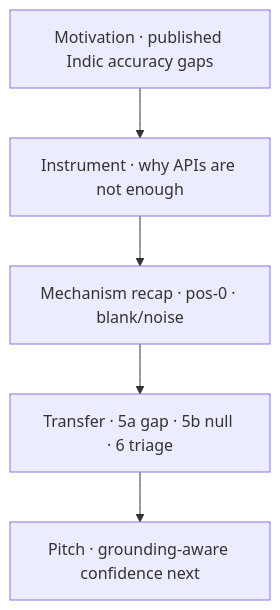
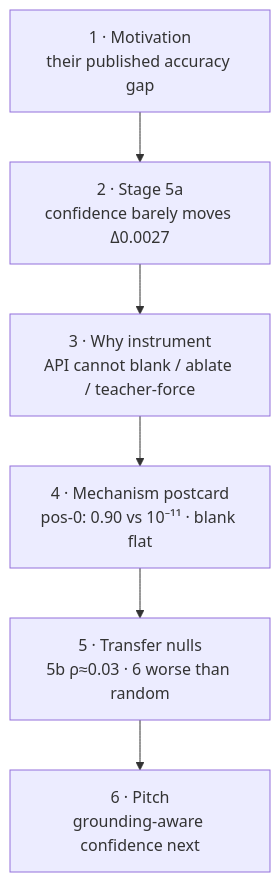
Before and after one commit to Adya6714/vlm-ocr-eval: the eighth of 11 diagrams in BOOK.md, drawn with Mermaid. The commit also changed other lines of this file and 4 other files, not shown here.

First line of the commit message:
Polish Production-first site with Mermaid atlases and BOOK flows.

````diff
--- a/BOOK.md
+++ b/BOOK.md
@@ -1417,7 +1420,8 @@
 ```mermaid
 flowchart TD
-  M[Motivation · published Indic accuracy gaps] --> I[Instrument · why APIs are not enough]
-  I --> R[Mechanism recap · pos-0 · blank/noise]
-  R --> T[Transfer · 5a gap · 5b null · 6 triage]
-  T --> P[Pitch · grounding-aware confidence next]
+  M["1 · Motivation<br/>their published accuracy gap"] --> G["2 · Stage 5a<br/>confidence barely moves Δ0.0027"]
+  G --> W["3 · Why instrument<br/>API cannot blank / ablate / teacher-force"]
+  W --> R["4 · Mechanism postcard<br/>pos-0: 0.90 vs 10⁻¹¹ · blank flat"]
+  R --> T["5 · Transfer nulls<br/>5b ρ≈0.03 · 6 worse than random"]
+  T --> P["6 · Pitch<br/>grounding-aware confidence next"]
 ```
````
